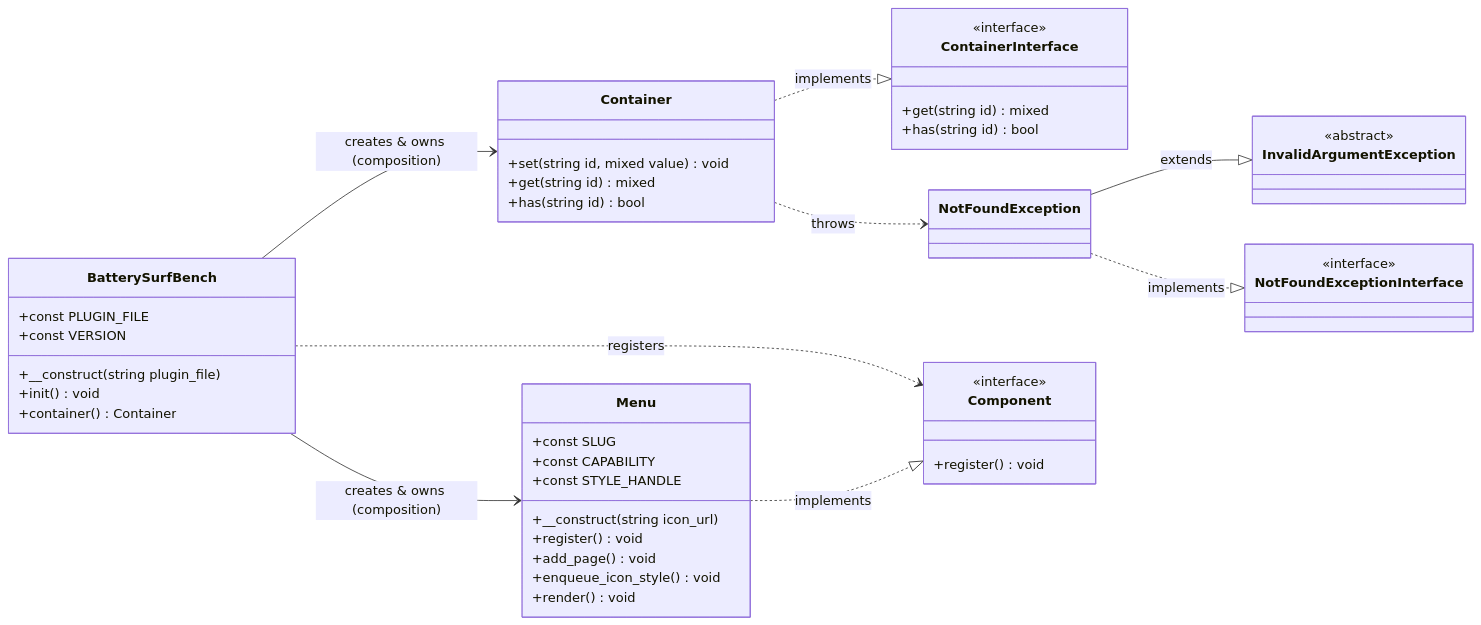
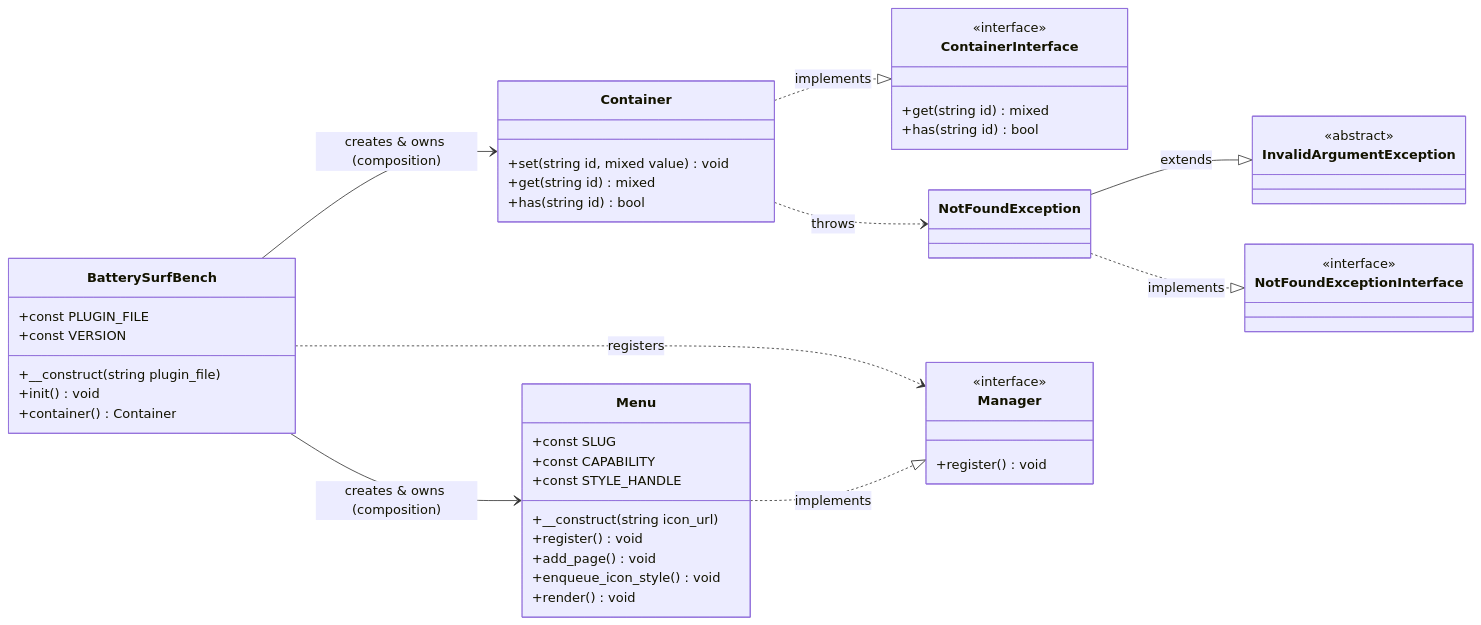
The diagram in docs/contracts/php-class-interactions.mmd (erdembircan/battery-surf-bench), drawn with Mermaid before and after one commit. The commit also changed 6 other files, not shown here.

```diff
--- a/docs/contracts/php-class-interactions.mmd
+++ b/docs/contracts/php-class-interactions.mmd
@@ -1,58 +1,58 @@
 %% PHP class interactions — contract chart.
 classDiagram
     direction LR
 
     class BatterySurfBench {
         +const PLUGIN_FILE
         +const VERSION
         +__construct(string plugin_file)
         +init() void
         +container() Container
     }
 
     class ContainerInterface {
         <<interface>>
         +get(string id) mixed
         +has(string id) bool
     }
 
     class Container {
         +set(string id, mixed value) void
         +get(string id) mixed
         +has(string id) bool
     }
 
     class NotFoundExceptionInterface {
         <<interface>>
     }
 
     class InvalidArgumentException {
         <<abstract>>
     }
 
     class NotFoundException
 
-    class Component {
+    class Manager {
         <<interface>>
         +register() void
     }
 
     class Menu {
         +const SLUG
         +const CAPABILITY
         +const STYLE_HANDLE
         +__construct(string icon_url)
         +register() void
         +add_page() void
         +enqueue_icon_style() void
         +render() void
     }
 
     BatterySurfBench --> Container : creates & owns (composition)
     BatterySurfBench --> Menu : creates & owns (composition)
-    BatterySurfBench ..> Component : registers
-    Menu ..|> Component : implements
+    BatterySurfBench ..> Manager : registers
+    Menu ..|> Manager : implements
     Container ..|> ContainerInterface : implements
     Container ..> NotFoundException : throws
     NotFoundException --|> InvalidArgumentException : extends
     NotFoundException ..|> NotFoundExceptionInterface : implements
```
